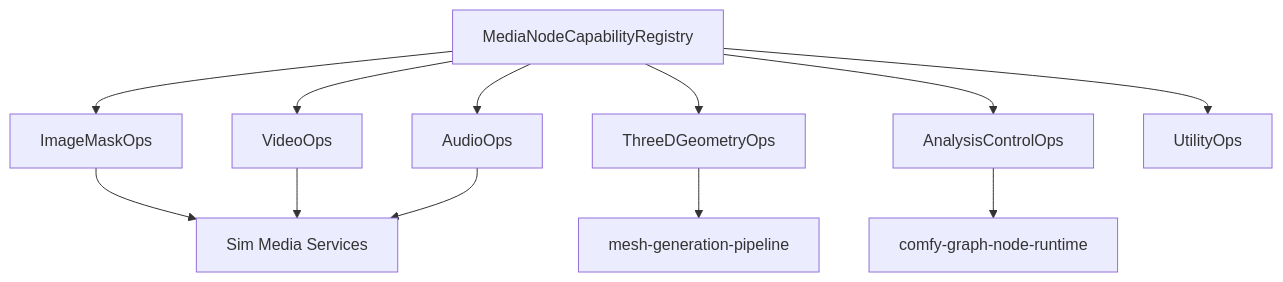
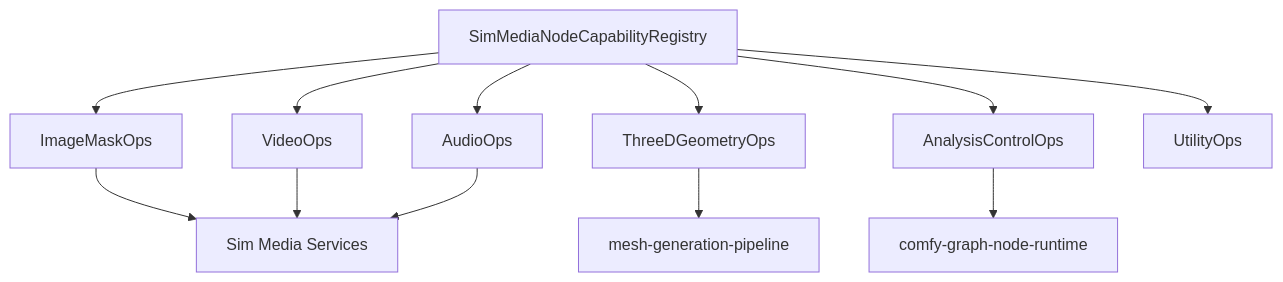
Before and after one commit to imagineerings/xor: the diagram in .agents/specs/godot-migration/comfy-media-node-pipelines/design.md, drawn with Mermaid. The commit also changed other lines of this file and 4 other files, not shown here.

First line of the commit message:
feat(world_model): add native Sim media capability registry (#192)

````diff
--- a/.agents/specs/godot-migration/comfy-media-node-pipelines/design.md
+++ b/.agents/specs/godot-migration/comfy-media-node-pipelines/design.md
@@ -9,14 +9,14 @@
 ```mermaid
 flowchart TD
-    Registry[MediaNodeCapabilityRegistry] --> Images[ImageMaskOps]
+    Registry[SimMediaNodeCapabilityRegistry] --> Images[ImageMaskOps]
     Registry --> Video[VideoOps]
     Registry --> Audio[AudioOps]
     Registry --> ThreeD[ThreeDGeometryOps]
     Registry --> Analysis[AnalysisControlOps]
     Registry --> Utilities[UtilityOps]
     Images --> Media[Sim Media Services]
     Video --> Media
     Audio --> Media
     ThreeD --> Mesh[mesh-generation-pipeline]
     Analysis --> Graph[comfy-graph-node-runtime]
 ```
````
